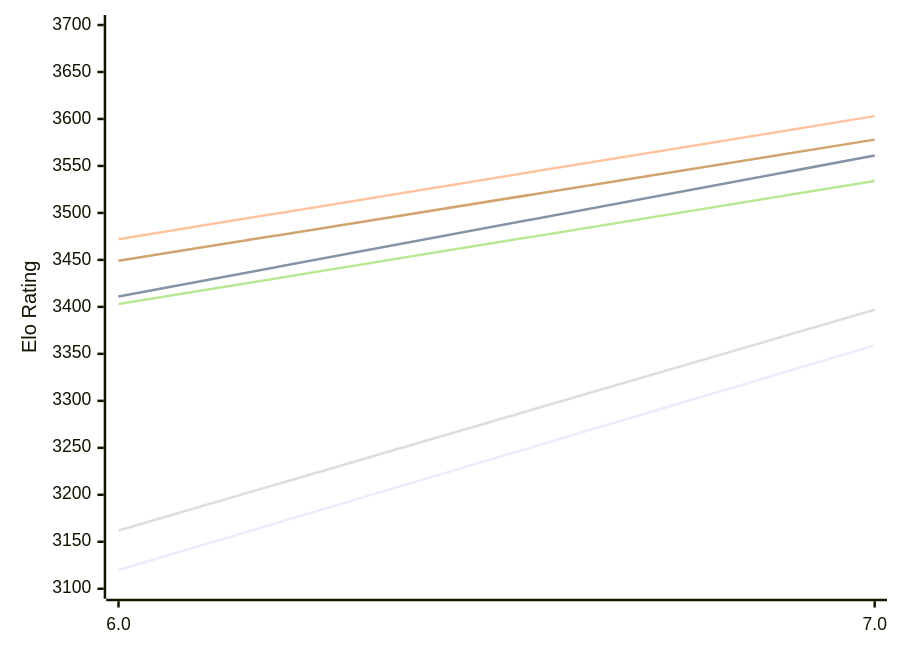
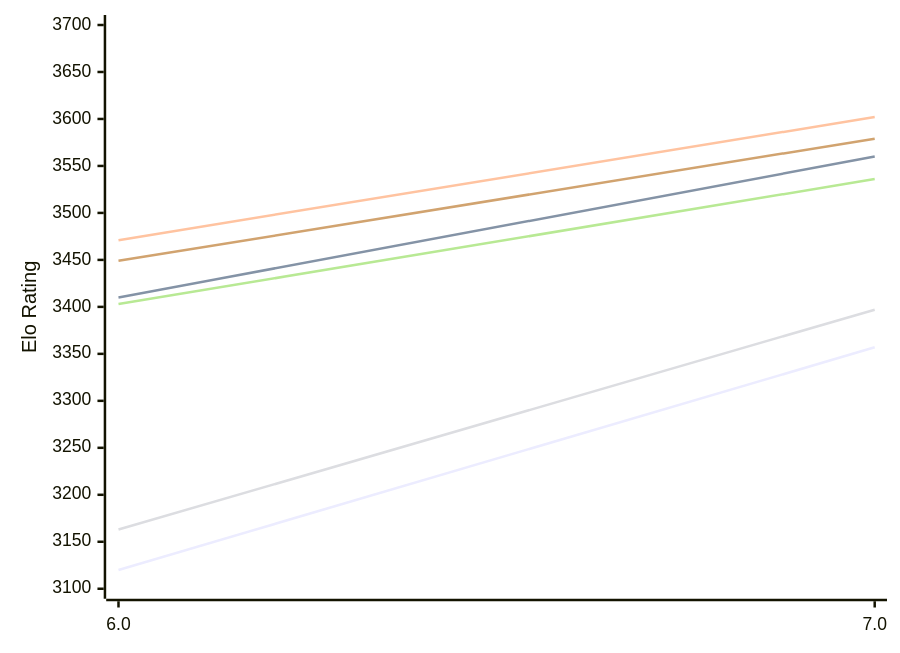
Before and after one commit to computer-chess-index/cci: the first of 2 diagrams in engines/Devre.md, drawn with Mermaid. The commit also changed other lines of this file, not shown here.

Commit message:
Update CCI Ratings (ELO VLTC) - 2026-11-28

````diff
--- a/engines/Devre.md
+++ b/engines/Devre.md
@@ -50,12 +50,12 @@
 ```mermaid
 %%{init: {"theme":"base","themeVariables":{"seriesColors:['#a3a3a3','#222221','#faa371']}}}%%
 xychart-beta
   x-axis ["6.0", "7.0"]
   y-axis "Elo Rating" 3100 --> 3700
-  line "E1: STC (8.0+0.08s)" [3120, 3359]
-  line "E1: LTC (60.0+0.60s)" [3411, 3561]
-  line "E1: VLTC (2m24s+1.12s)" [3472, 3603]
-  line "P1: STC (8.0+0.08s)" [3162, 3397]
-  line "P1: LTC (60.0+0.60s)" [3403, 3534]
-  line "P1: VLTC (2m24s+1.12s)" [3449, 3578]
+  line "E1: STC (8.0+0.08s)" [3120, 3357]
+  line "E1: LTC (60.0+0.60s)" [3410, 3560]
+  line "E1: VLTC (2m24s+1.12s)" [3471, 3602]
+  line "P1: STC (8.0+0.08s)" [3163, 3397]
+  line "P1: LTC (60.0+0.60s)" [3403, 3536]
+  line "P1: VLTC (2m24s+1.12s)" [3449, 3579]
 ```
````
